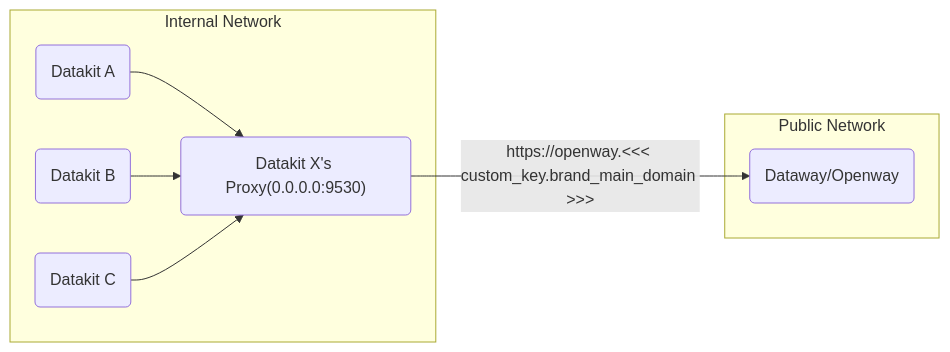
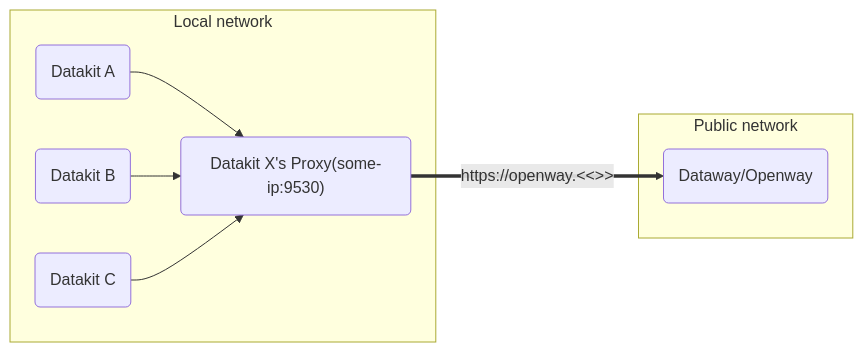
The diagram in docs/en/integrations/proxy.md (GuanceCloud/guance-docs), drawn with Mermaid before and after one commit. The commit also changed other lines of this file and 286 other files, not shown here.

````diff
--- a/docs/en/integrations/proxy.md
+++ b/docs/en/integrations/proxy.md
@@ -93,18 +68,18 @@
 ``` mermaid
 flowchart LR;
 dk_A(Datakit A);
 dk_B(Datakit B);
 dk_C(Datakit C);
-dk_X_proxy("Datakit X's Proxy(0.0.0.0:9530)");
+dk_X_proxy("Datakit X's Proxy(some-ip:9530)");
 dw(Dataway/Openway);
 
-subgraph "Internal Network"
+subgraph "Local network"
 dk_A --> dk_X_proxy;
 dk_B --> dk_X_proxy;
 dk_C --> dk_X_proxy;
 end
 
-subgraph "Public Network"
-dk_X_proxy --> |https://openway.<<< custom_key.brand_main_domain >>>|dw;
+subgraph "Public network"
+dk_X_proxy ==> |https://openway.<<<custom_key.brand_main_domain>>>|dw;
 end
 ```
````
